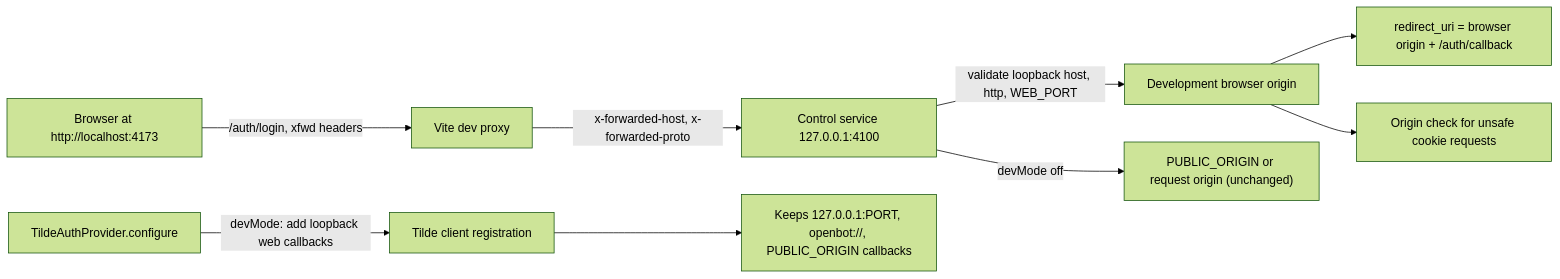
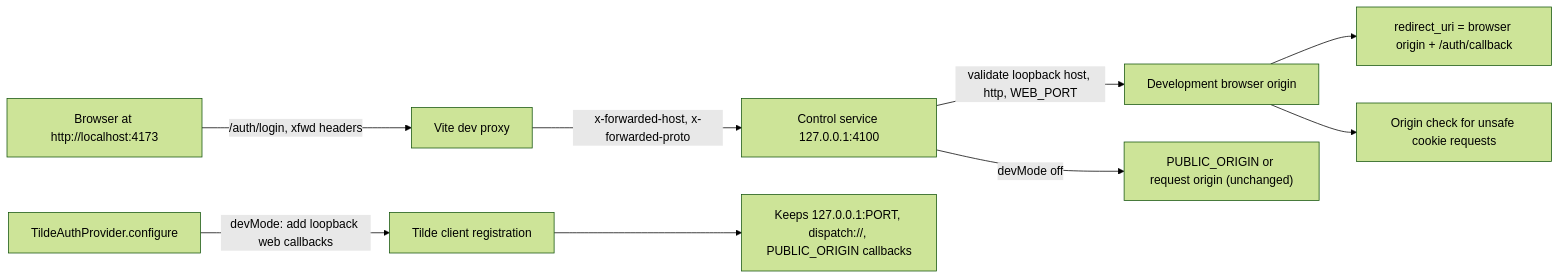
One commit to trytilde/dispatch changed the diagram in docs/updates/45.md. Above: the diagram before and after it, drawn with Mermaid (forest theme). The commit also changed other lines of this file and 668 other files, not shown here.

````diff
--- a/docs/updates/45.md
+++ b/docs/updates/45.md
@@ -12,11 +12,11 @@
 ```mermaid
 flowchart LR
   B["Browser at http://localhost:4173"] -->|"/auth/login, xfwd headers"| V["Vite dev proxy"]
   V -->|"x-forwarded-host, x-forwarded-proto"| CS["Control service 127.0.0.1:4100"]
   CS -->|"validate loopback host, http, WEB_PORT"| DO["Development browser origin"]
   DO --> RU["redirect_uri = browser origin + /auth/callback"]
   DO --> OG["Origin check for unsafe cookie requests"]
   CS -->|"devMode off"| PO["PUBLIC_ORIGIN or request origin (unchanged)"]
   AP["TildeAuthProvider.configure"] -->|"devMode: add loopback web callbacks"| TR["Tilde client registration"]
-  TR --> KEEP["Keeps 127.0.0.1:PORT, openbot://, PUBLIC_ORIGIN callbacks"]
+  TR --> KEEP["Keeps 127.0.0.1:PORT, dispatch://, PUBLIC_ORIGIN callbacks"]
 ```
````
